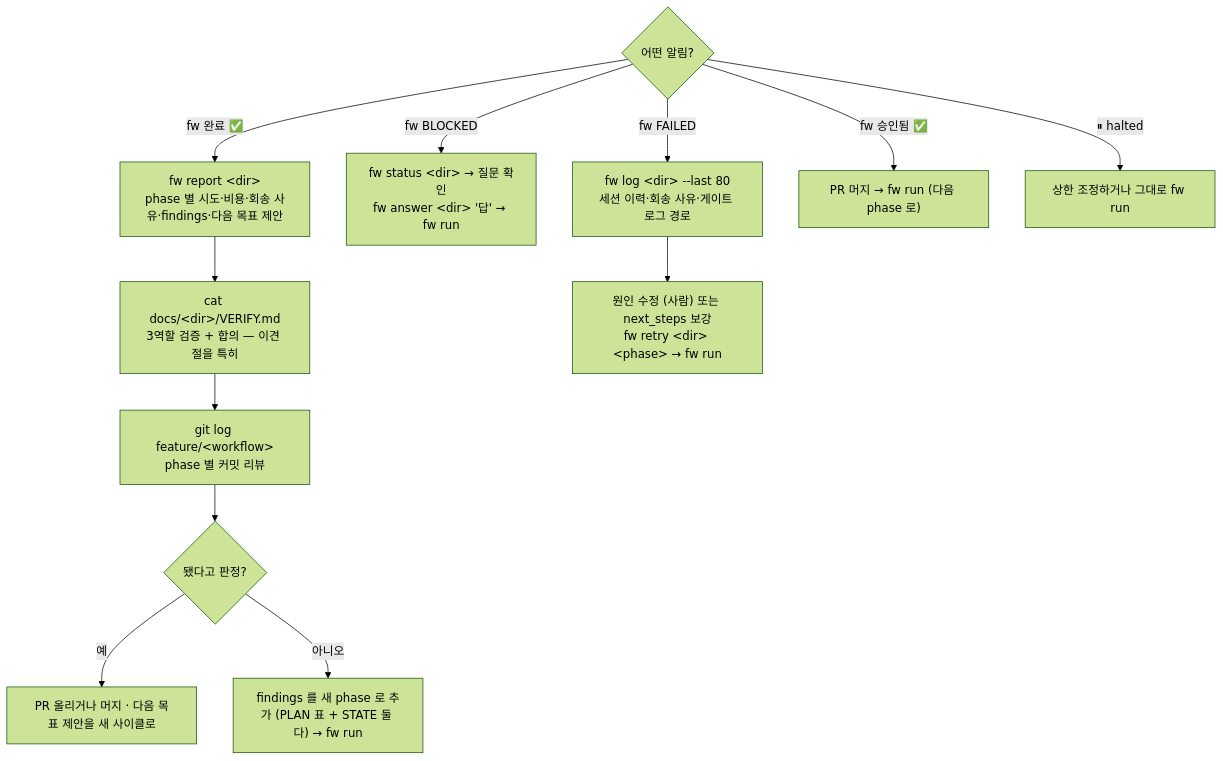
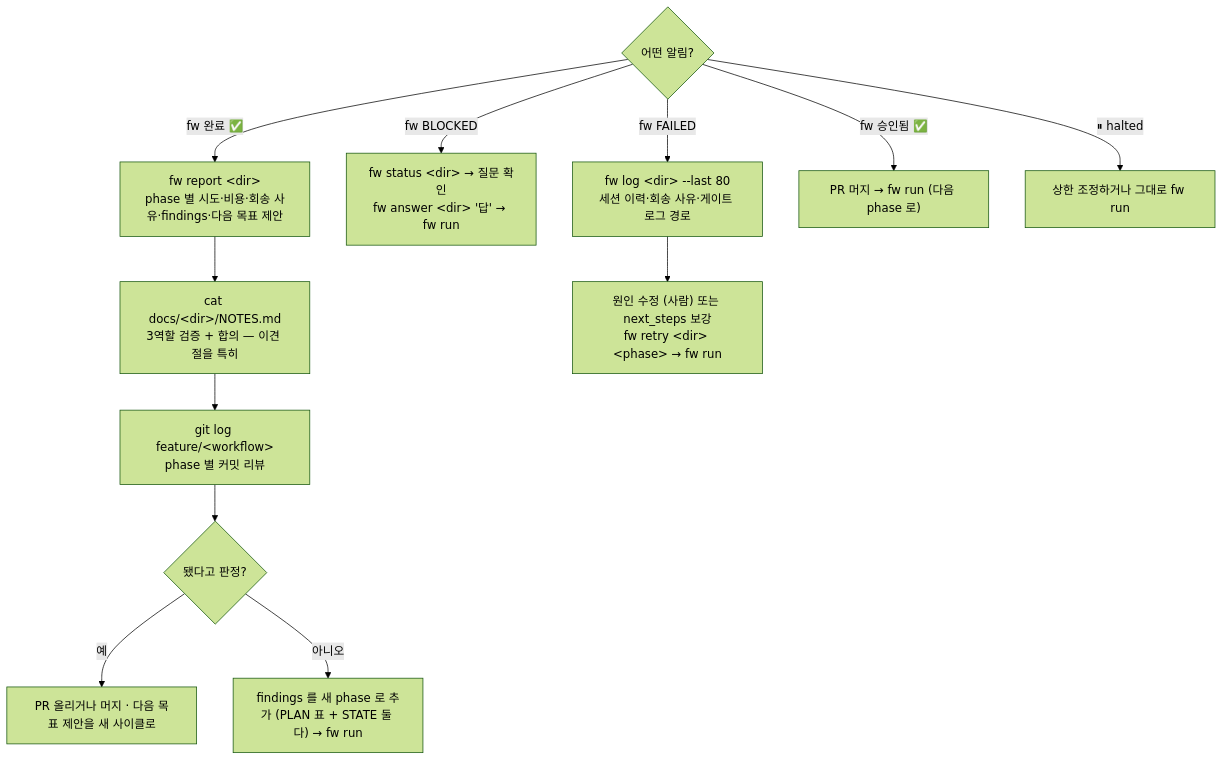
Before and after one commit to DolphaGo/AI-Assistant: diagram 15 of 16 in plugins/feature-workflow/README.md, drawn with Mermaid (forest theme). The commit also changed other lines of this file and 36 other files, not shown here.

````diff
--- a/plugins/feature-workflow/README.md
+++ b/plugins/feature-workflow/README.md
@@ -768,15 +770,15 @@
 ```mermaid
 flowchart TD
     N{"어떤 알림?"}
     N -- "fw 완료 ✅" --> A["fw report &lt;dir&gt;<br/>phase 별 시도·비용·회송 사유·findings·다음 목표 제안"]
-    A --> B["cat docs/&lt;dir&gt;/VERIFY.md<br/>3역할 검증 + 합의 — 이견 절을 특히"]
+    A --> B["cat docs/&lt;dir&gt;/NOTES.md<br/>3역할 검증 + 합의 — 이견 절을 특히"]
     B --> C["git log feature/&lt;workflow&gt;<br/>phase 별 커밋 리뷰"]
     C --> D{"됐다고 판정?"}
     D -- 예 --> E["PR 올리거나 머지 · 다음 목표 제안을 새 사이클로"]
     D -- 아니오 --> F["findings 를 새 phase 로 추가 (PLAN 표 + STATE 둘 다) → fw run"]
     N -- "fw BLOCKED" --> G["fw status &lt;dir&gt; → 질문 확인<br/>fw answer &lt;dir&gt; '답' → fw run"]
     N -- "fw FAILED" --> H["fw log &lt;dir&gt; --last 80<br/>세션 이력·회송 사유·게이트 로그 경로"]
     H --> I["원인 수정 (사람) 또는 next_steps 보강<br/>fw retry &lt;dir&gt; &lt;phase&gt; → fw run"]
     N -- "fw 승인됨 ✅" --> J["PR 머지 → fw run (다음 phase 로)"]
     N -- "⏸ halted" --> K["상한 조정하거나 그대로 fw run"]
 ```
````
